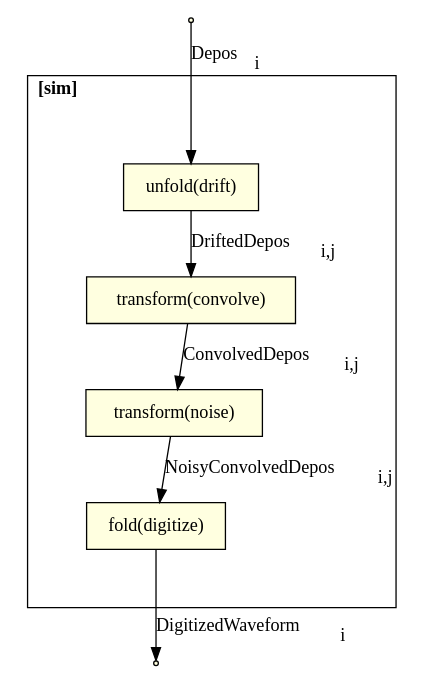
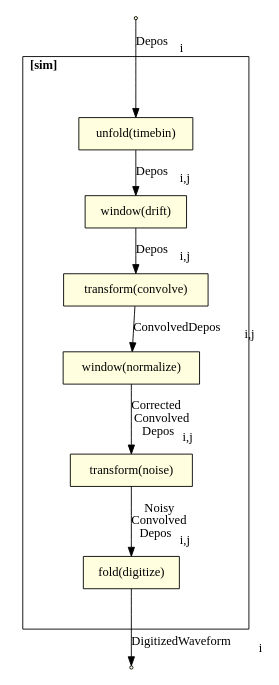
The diagram in workflows/wirecell-charge-waveform-sim-func.gv (Framework-R-D/phlex-design), drawn with Graphviz before and after one commit. The commit also changed 2 other files, not shown here.

Commit message:
updated figures to include window HOF

```diff
--- a/workflows/wirecell-charge-waveform-sim-func.gv
+++ b/workflows/wirecell-charge-waveform-sim-func.gv
@@ -1,24 +1,28 @@
 digraph g {
   size="8,5.5"
   node [shape=rounded, style=filled, fillcolor=lightyellow];
 
   source [label="input", shape=point, style=filled]
 
   subgraph cluster_sim {
     label=<<b>[sim]</b>>
     labeljust=left
     margin=45
-    unfold [label="unfold(drift)"]
+    unfold [label="unfold(timebin)"]
     noise [label="transform(noise)"]
     convolve [label="transform(convolve)"]
     fold[label="fold(digitize)"]
+    window1 [label="window(drift)"]
+    window2 [label="window(normalize)"]
   }
   sink [label="output", shape=point, style=filled]
 
   source -> unfold [label=< Depos<sub>i</sub>>]
-  unfold -> convolve [label=< DriftedDepos<sub>i,j</sub>>]
-  convolve -> noise [label=< ConvolvedDepos<sub>i,j</sub>>]
-  noise -> fold [label=< NoisyConvolvedDepos<sub>i,j</sub>>]
+  unfold -> window1 [label=< Depos<sub>i,j</sub>>]
+  window1 -> convolve [label=< Depos<sub>i,j</sub>>]
+  convolve -> window2 [label=< ConvolvedDepos<sub>i,j</sub>>]
+  window2 -> noise [label=< Corrected <br/>Convolved<br/>Depos<sub>i,j</sub><br/>>]
+  noise -> fold [label=< Noisy<br/>Convolved<br/>Depos<sub>i,j</sub><br/>>]
   fold -> sink [label=< DigitizedWaveform<sub>i</sub>>]
 
 }
```
